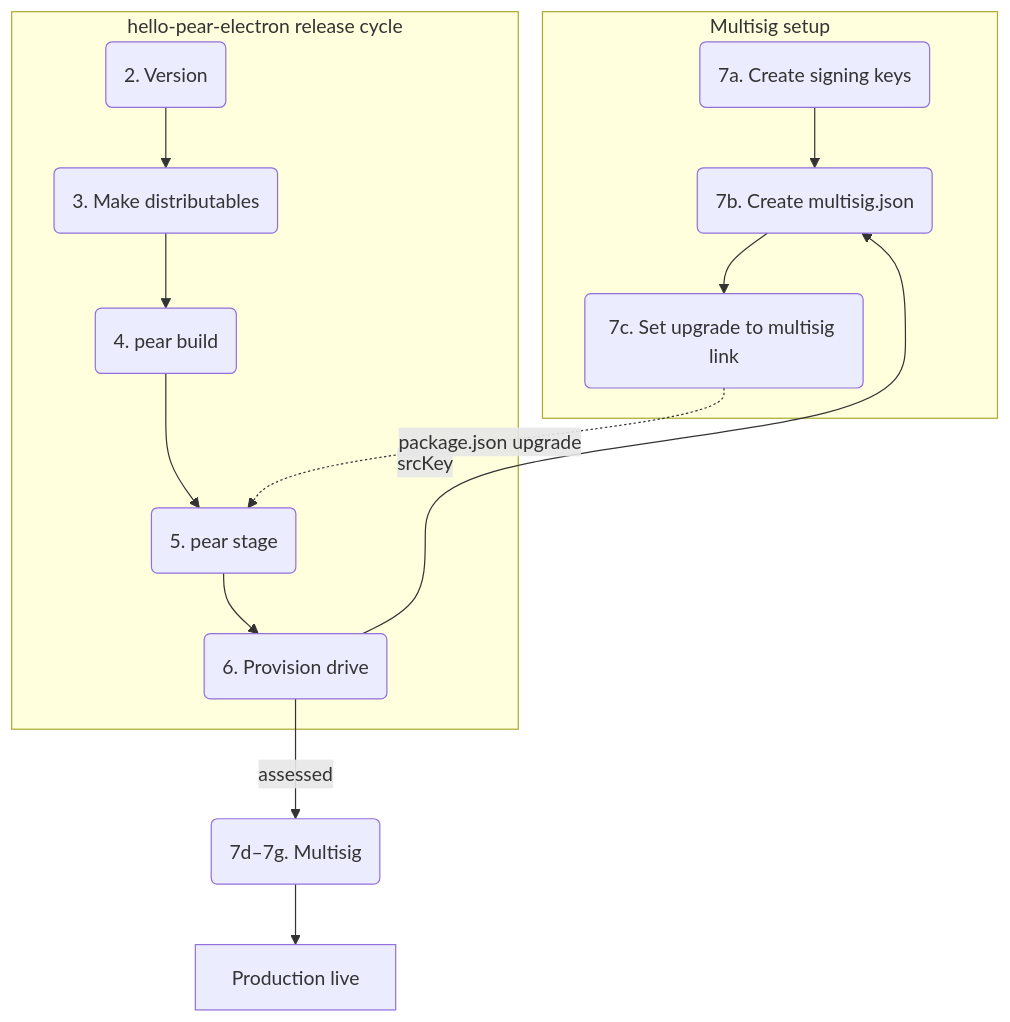
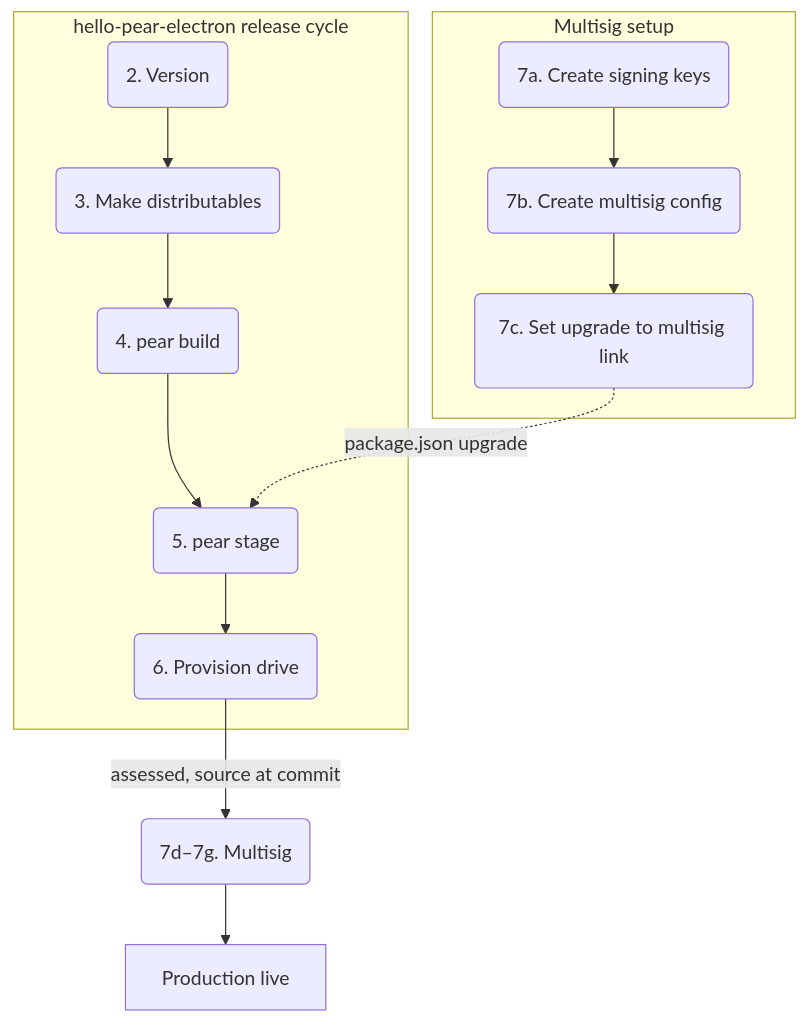
One commit to holepunchto/pear-docs changed the seventh of 9 diagrams in content/explanation/release-pipeline.mdx. Above: the diagram before and after it, drawn with Mermaid. The commit also changed other lines of this file and 95 other files, not shown here.

````diff
--- a/content/explanation/release-pipeline.mdx
+++ b/content/explanation/release-pipeline.mdx
@@ -174,17 +174,16 @@
 ```mermaid
 graph TB
   subgraph Setup[Multisig setup]
-    K(7a. Create signing keys) --> C(7b. Create multisig.json)
+    K(7a. Create signing keys) --> C(7b. Create multisig config)
     C --> L(7c. Set upgrade to multisig link)
   end
 
   subgraph HPE[hello-pear-electron release cycle]
     V(2. Version) --> Make(3. Make distributables) --> Build(4. pear build) --> Stage(5. pear stage)
     Stage --> Prov(6. Provision drive)
   end
 
-  Prov -->|srcKey| C
   L -.->|package.json upgrade| Stage
-  Prov -->|assessed| MS(7d–7g. Multisig)
+  Prov -->|assessed, source at commit| MS(7d–7g. Multisig)
   MS --> Live[Production live]
 ```
````
